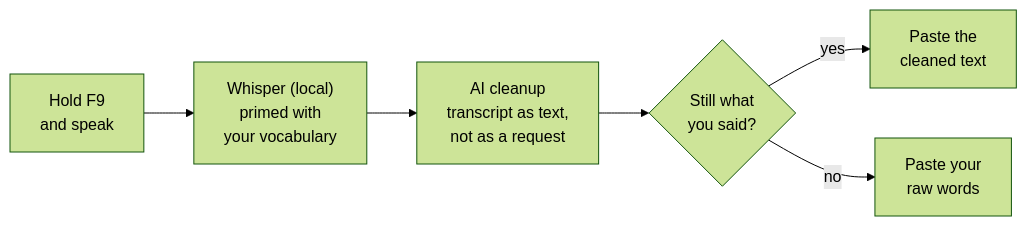
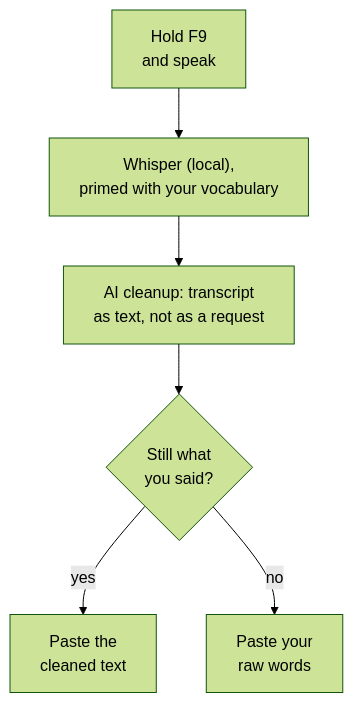
Before and after one commit to FynnXland/fleech: the diagram in README.md, drawn with Mermaid (forest theme). The commit also changed 1 other file, not shown here.

Commit message:
README: How-it-works-Diagramm senkrecht, GitHubs Zoom-Knöpfe verdeckten die Endknoten

````diff
--- a/README.md
+++ b/README.md
@@ -58,8 +58,8 @@
 ```mermaid
-flowchart LR
-    A["Hold F9<br/>and speak"] --> B["Whisper (local)<br/>primed with<br/>your vocabulary"]
-    B --> C["AI cleanup<br/>transcript as text,<br/>not as a request"]
+flowchart TD
+    A["Hold F9<br/>and speak"] --> B["Whisper (local),<br/>primed with your vocabulary"]
+    B --> C["AI cleanup: transcript<br/>as text, not as a request"]
     C --> D{"Still what<br/>you said?"}
     D -->|yes| E["Paste the<br/>cleaned text"]
     D -->|no| F["Paste your<br/>raw words"]
 ```
````
